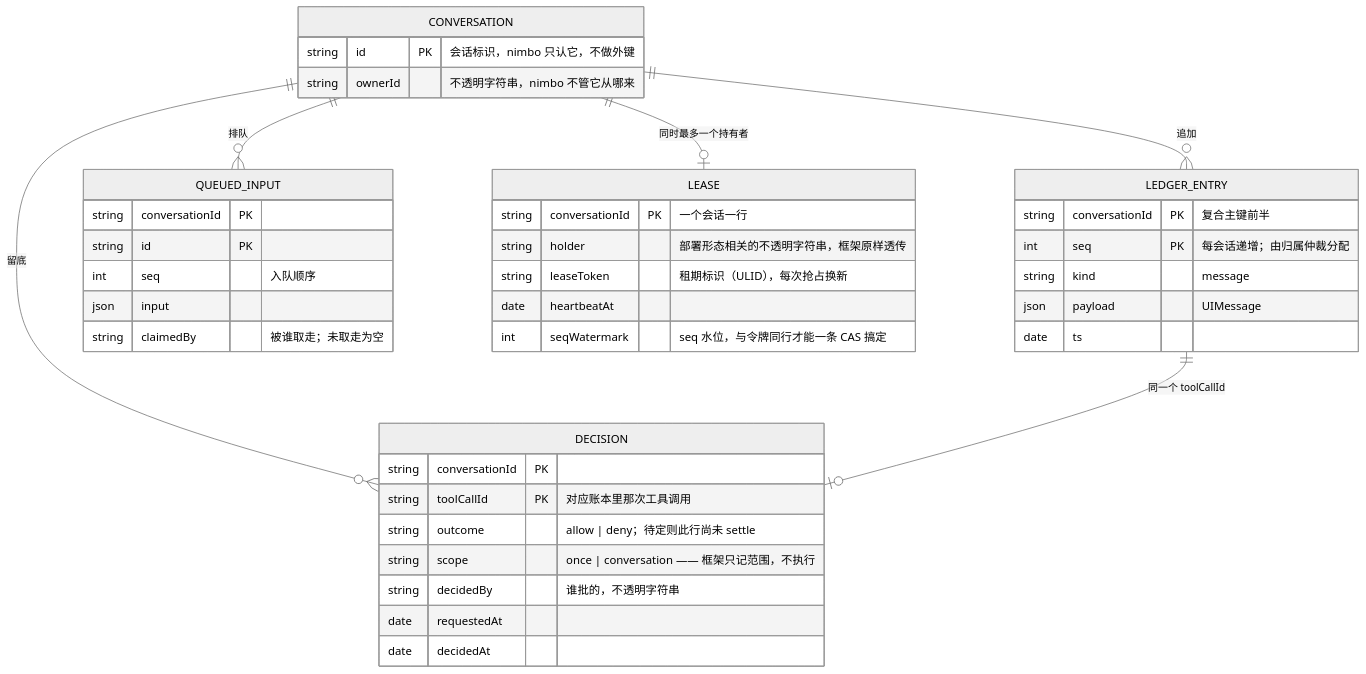
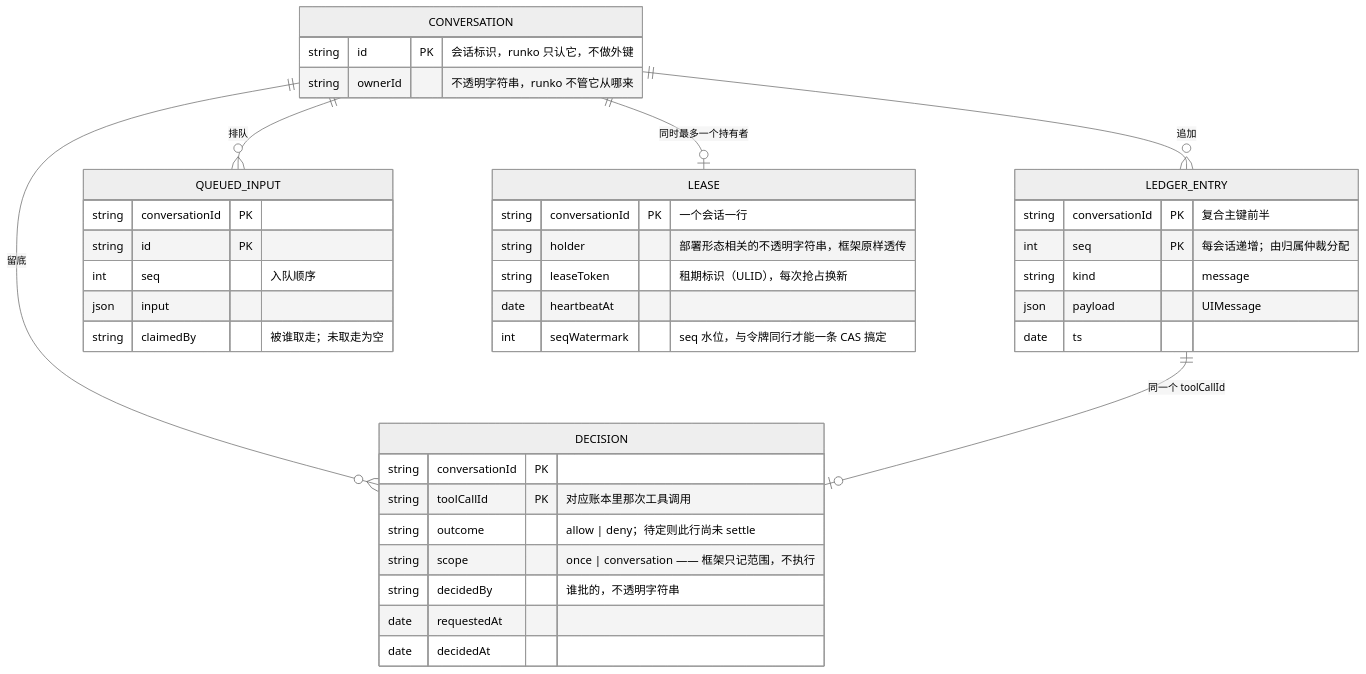
The second of 3 diagrams in docs/architecture/tech/agent-kernel.md (ludafa/runko), drawn with Mermaid (neutral theme) before and after one commit. The commit also changed other lines of this file and 450 other files, not shown here.

First line of the commit message:
refactor: 全仓库改名 nimbo → runko，库表名改用 agent_ 前缀

````diff
--- a/docs/architecture/tech/agent-kernel.md
+++ b/docs/architecture/tech/agent-kernel.md
@@ -95,43 +95,43 @@
 ```mermaid
 erDiagram
     CONVERSATION ||--o{ LEDGER_ENTRY : "追加"
     CONVERSATION ||--o{ DECISION : "留底"
     CONVERSATION ||--o{ QUEUED_INPUT : "排队"
     CONVERSATION ||--o| LEASE : "同时最多一个持有者"
     LEDGER_ENTRY ||--o| DECISION : "同一个 toolCallId"
 
     CONVERSATION {
-        string id PK "会话标识，nimbo 只认它，不做外键"
-        string ownerId "不透明字符串，nimbo 不管它从哪来"
+        string id PK "会话标识，runko 只认它，不做外键"
+        string ownerId "不透明字符串，runko 不管它从哪来"
     }
     LEDGER_ENTRY {
         string conversationId PK "复合主键前半"
         int    seq            PK "每会话递增；由归属仲裁分配"
         string kind              "message"
         json   payload           "UIMessage"
         date   ts
     }
     DECISION {
         string conversationId PK
         string toolCallId     PK "对应账本里那次工具调用"
         string outcome           "allow | deny；待定则此行尚未 settle"
         string scope             "once | conversation —— 框架只记范围，不执行"
         string decidedBy         "谁批的，不透明字符串"
         date   requestedAt
         date   decidedAt
     }
     QUEUED_INPUT {
         string conversationId PK
         string id             PK
         int    seq               "入队顺序"
         json   input
         string claimedBy         "被谁取走；未取走为空"
     }
     LEASE {
         string conversationId PK "一个会话一行"
         string holder            "部署形态相关的不透明字符串，框架原样透传"
         string leaseToken        "租期标识（ULID），每次抢占换新"
         date   heartbeatAt
         int    seqWatermark      "seq 水位，与令牌同行才能一条 CAS 搞定"
     }
 ```
````
